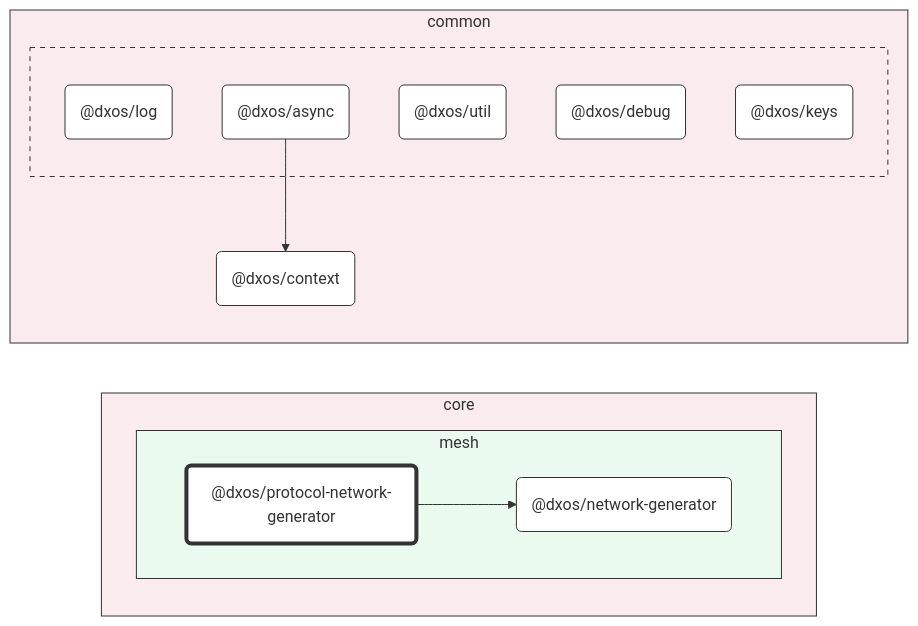
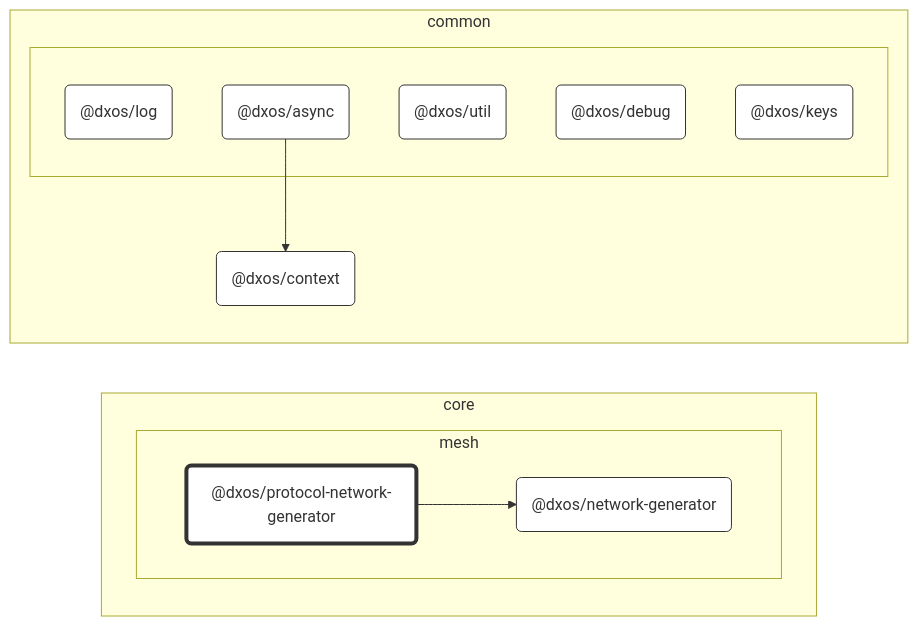
One commit to dxos/dxos changed the diagram in packages/core/mesh/protocol-network-generator/docs/README.md. Above: the diagram before and after it, drawn with Mermaid. The commit also changed 80 other files, not shown here.

````diff
--- a/packages/core/mesh/protocol-network-generator/docs/README.md
+++ b/packages/core/mesh/protocol-network-generator/docs/README.md
@@ -7,48 +7,44 @@
 ```mermaid
 %%{ init: {'flowchart':{'curve':'basis'}} }%%
 
 flowchart LR
 
 %% Classes
 classDef def fill:#fff,stroke:#333,stroke-width:1px
 classDef root fill:#fff,stroke:#333,stroke-width:4px
 
 %% Nodes
 
 subgraph core [core]
-  style core fill:#faebec,stroke:#333
 
   subgraph mesh [mesh]
-    style mesh fill:#ebfaef,stroke:#333
     dxos/protocol-network-generator("@dxos/protocol-network-generator"):::root
     click dxos/protocol-network-generator "dxos/dxos/tree/main/packages/core/mesh/protocol-network-generator/docs"
     dxos/network-generator("@dxos/network-generator"):::def
     click dxos/network-generator "dxos/dxos/tree/main/packages/core/mesh/network-generator/docs"
   end
 end
 
 subgraph common [common]
-  style common fill:#faebee,stroke:#333
   dxos/context("@dxos/context"):::def
   click dxos/context "dxos/dxos/tree/main/packages/common/context/docs"
 
   subgraph _ [ ]
-    style _ fill:#faebee,stroke:#333,stroke-dasharray:5 5
     dxos/log("@dxos/log"):::def
     click dxos/log "dxos/dxos/tree/main/packages/common/log/docs"
     dxos/async("@dxos/async"):::def
     click dxos/async "dxos/dxos/tree/main/packages/common/async/docs"
     dxos/util("@dxos/util"):::def
     click dxos/util "dxos/dxos/tree/main/packages/common/util/docs"
     dxos/debug("@dxos/debug"):::def
     click dxos/debug "dxos/dxos/tree/main/packages/common/debug/docs"
     dxos/keys("@dxos/keys"):::def
     click dxos/keys "dxos/dxos/tree/main/packages/common/keys/docs"
   end
 end
 
 %% Links
 linkStyle default stroke:#333,stroke-width:1px
 dxos/protocol-network-generator --> dxos/network-generator
 dxos/async --> dxos/context
 ```
````
